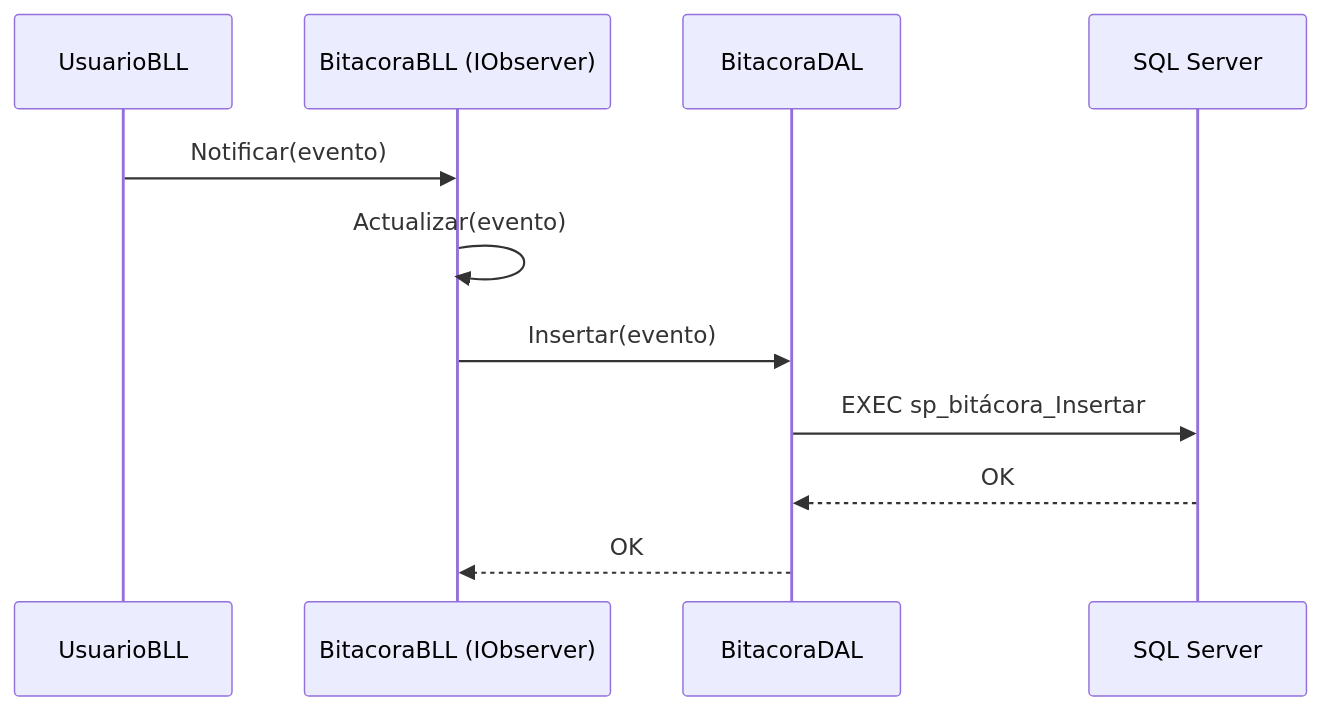
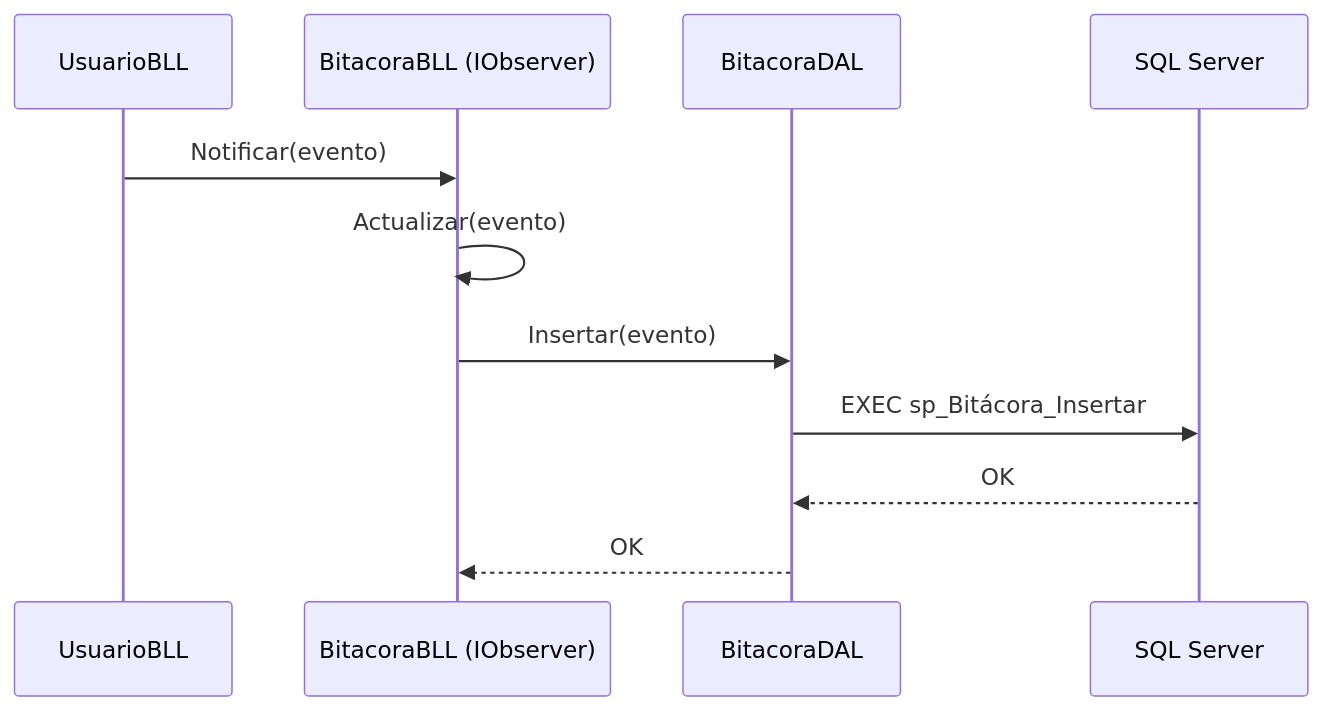
Diagram 13 of 14 in Documentacion/Carpeta_Documentacion.md (condenl/Trabajo-Practico-Final), drawn with Mermaid before and after one commit. The commit also changed other lines of this file and 32 other files, not shown here.

````diff
--- a/Documentacion/Carpeta_Documentacion.md
+++ b/Documentacion/Carpeta_Documentacion.md
@@ -2583,14 +2583,14 @@
 ```mermaid
 sequenceDiagram
     participant Usu as UsuarioBLL
     participant BitaBLL as BitacoraBLL (IObserver)
     participant BitaDAL as BitacoraDAL
     participant BD as SQL Server
 
     Usu->>BitaBLL: Notificar(evento)
     BitaBLL->>BitaBLL: Actualizar(evento)
     BitaBLL->>BitaDAL: Insertar(evento)
-    BitaDAL->>BD: EXEC sp_bitácora_Insertar
+    BitaDAL->>BD: EXEC sp_Bitácora_Insertar
     BD-->>BitaDAL: OK
     BitaDAL-->>BitaBLL: OK
 ```
````
